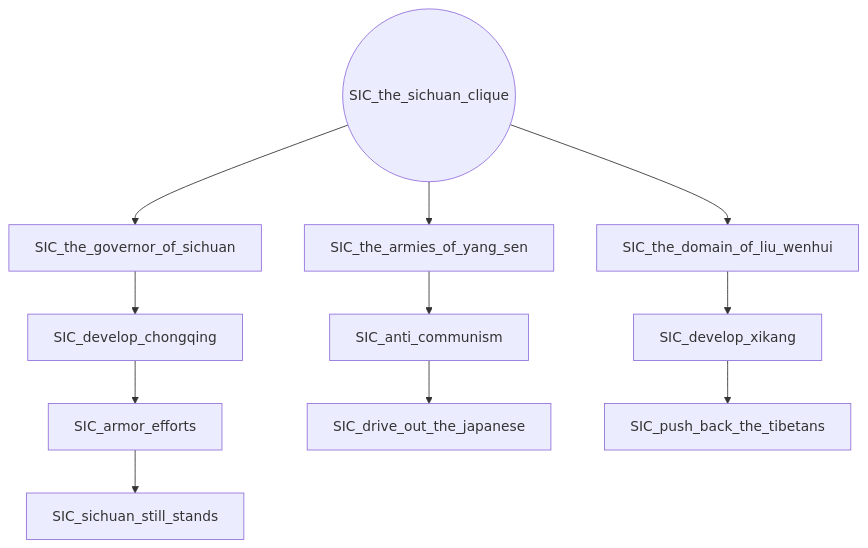
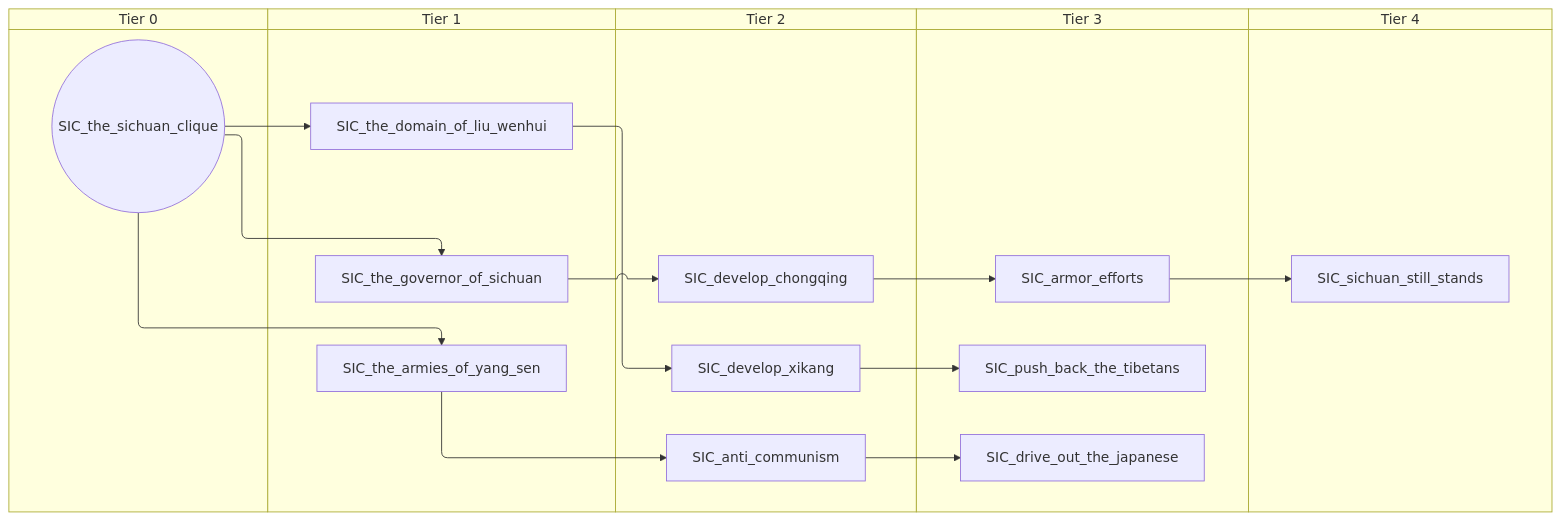
Before and after one commit to evgeny-sobol/hoi4-sandbox-mode: the eighth of 13 diagrams in docs/gdd/National Focuses/china_warlord_sea.md, drawn with Mermaid. The commit also changed other lines of this file and 80 other files, not shown here.

First line of the commit message:
Add swimlane mode to focus graph exporter

````diff
--- a/docs/gdd/National Focuses/china_warlord_sea.md
+++ b/docs/gdd/National Focuses/china_warlord_sea.md
@@ -296,24 +362,34 @@
 ```mermaid
-flowchart TD
-    n98["SIC_anti_communism"]
-    n99["SIC_armor_efforts"]
-    n100["SIC_develop_chongqing"]
-    n101["SIC_develop_xikang"]
-    n102["SIC_drive_out_the_japanese"]
-    n103["SIC_push_back_the_tibetans"]
-    n104["SIC_sichuan_still_stands"]
-    n105["SIC_the_armies_of_yang_sen"]
-    n106["SIC_the_domain_of_liu_wenhui"]
-    n107["SIC_the_governor_of_sichuan"]
-    n108(("SIC_the_sichuan_clique"))
-    n105 --> n98
-    n100 --> n99
-    n107 --> n100
-    n106 --> n101
-    n98 --> n102
+swimlane-beta TD
+    subgraph tier_0["Tier 0"]
+        n98(("SIC_the_sichuan_clique"))
+    end
+    subgraph tier_1["Tier 1"]
+        n99["SIC_the_armies_of_yang_sen"]
+        n100["SIC_the_domain_of_liu_wenhui"]
+        n101["SIC_the_governor_of_sichuan"]
+    end
+    subgraph tier_2["Tier 2"]
+        n102["SIC_anti_communism"]
+        n103["SIC_develop_chongqing"]
+        n104["SIC_develop_xikang"]
+    end
+    subgraph tier_3["Tier 3"]
+        n105["SIC_armor_efforts"]
+        n106["SIC_drive_out_the_japanese"]
+        n107["SIC_push_back_the_tibetans"]
+    end
+    subgraph tier_4["Tier 4"]
+        n108["SIC_sichuan_still_stands"]
+    end
+    n99 --> n102
+    n103 --> n105
     n101 --> n103
-    n99 --> n104
-    n108 --> n105
-    n108 --> n106
-    n108 --> n107
+    n100 --> n104
+    n102 --> n106
+    n104 --> n107
+    n105 --> n108
+    n98 --> n99
+    n98 --> n100
+    n98 --> n101
 ```
````
